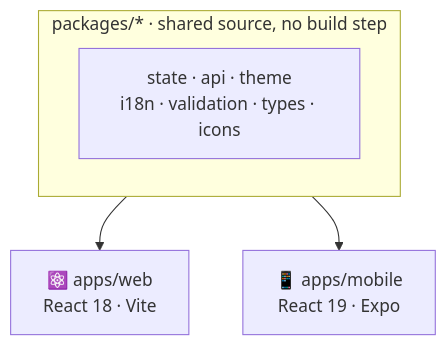
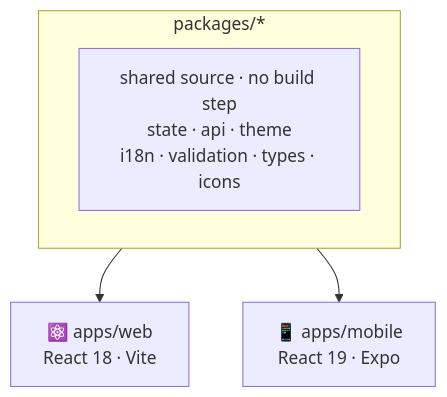
Before and after one commit to AndDev741/Beyou-arch-design: the diagram in blog/mobile-and-the-monorepo/en.md, drawn with Mermaid. The commit also changed 8 other files, not shown here.

First line of the commit message:
docs(blog): the AI agent cascade post, plus diagram layout fixes

````diff
--- a/blog/mobile-and-the-monorepo/en.md
+++ b/blog/mobile-and-the-monorepo/en.md
@@ -26,8 +26,8 @@
 ```mermaid
 flowchart TD
-  subgraph pkgs["packages/* · shared source, no build step"]
-    ST["state · api · theme<br/>i18n · validation · types · icons"]
+  subgraph pkgs["packages/*"]
+    ST["shared source · no build step<br/>state · api · theme<br/>i18n · validation · types · icons"]
   end
   pkgs --> WEB["⚛️ apps/web<br/>React 18 · Vite"]
   pkgs --> MOB["📱 apps/mobile<br/>React 19 · Expo"]
 ```
````
